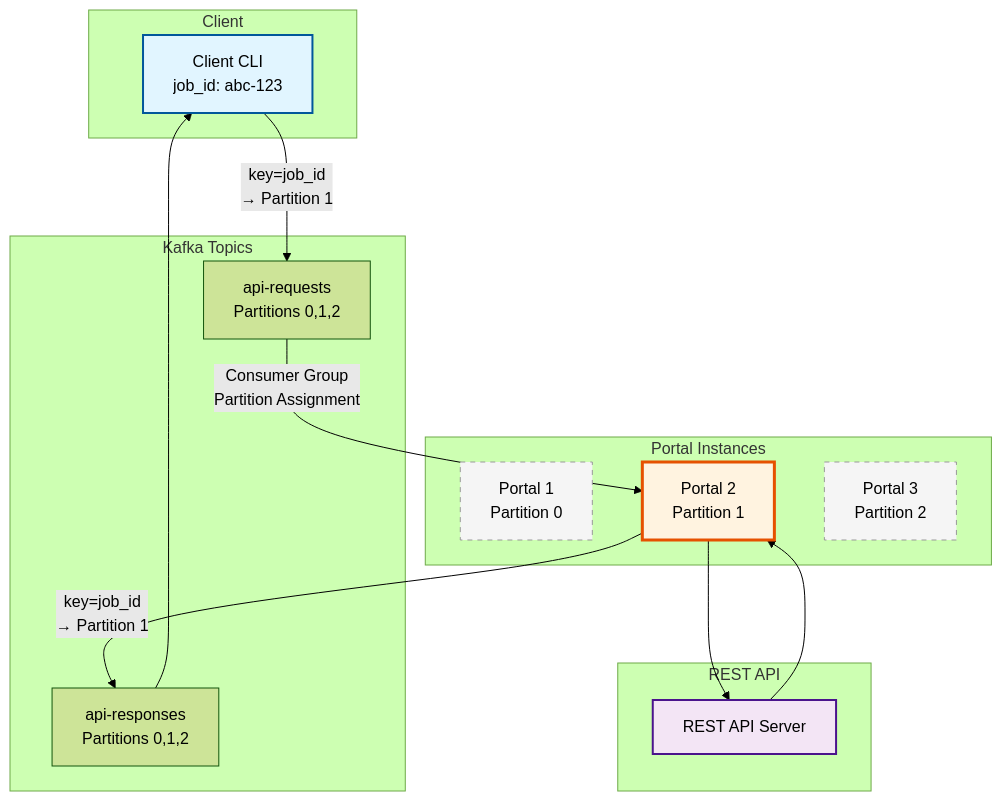
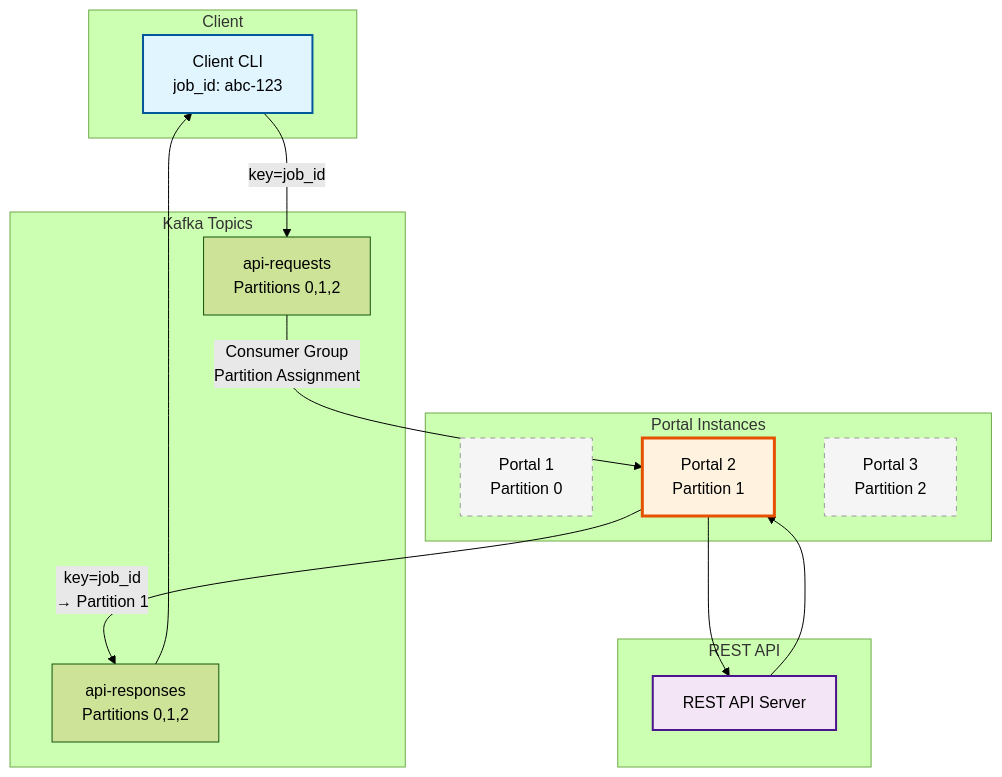
Before and after one commit to oshea00/kafkasend: the fifth of 12 diagrams in PROTOCOL.md, drawn with Mermaid (forest theme).

Commit message:
diagram fix

````diff
--- a/PROTOCOL.md
+++ b/PROTOCOL.md
@@ -506,34 +506,34 @@
 ```mermaid
 graph TB
     subgraph "Client"
         C[Client CLI<br/>job_id: abc-123]
     end
 
     subgraph "Kafka Topics"
         KR[api-requests<br/>Partitions 0,1,2]
         KS[api-responses<br/>Partitions 0,1,2]
     end
 
     subgraph "Portal Instances"
         P1[Portal 1<br/>Partition 0]
         P2[Portal 2<br/>Partition 1]
         P3[Portal 3<br/>Partition 2]
     end
 
     subgraph "REST API"
         API[REST API Server]
     end
 
-    C -->|key=job_id<br/>→ Partition 1| KR
+    C -->|key=job_id| KR
     KR -->|Consumer Group<br/>Partition Assignment| P2
     P2 --> API
     API --> P2
     P2 -->|key=job_id<br/>→ Partition 1| KS
     KS --> C
 
     style C fill:#e1f5ff,stroke:#01579b,stroke-width:2px
     style P2 fill:#fff3e0,stroke:#e65100,stroke-width:3px
     style P1 fill:#f5f5f5,stroke:#999,stroke-dasharray: 5 5
     style P3 fill:#f5f5f5,stroke:#999,stroke-dasharray: 5 5
     style API fill:#f3e5f5,stroke:#4a148c,stroke-width:2px
 ```
````
